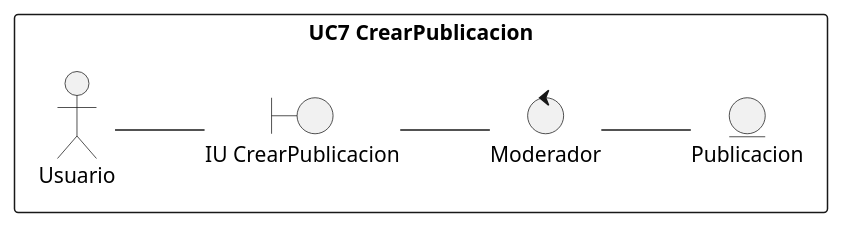
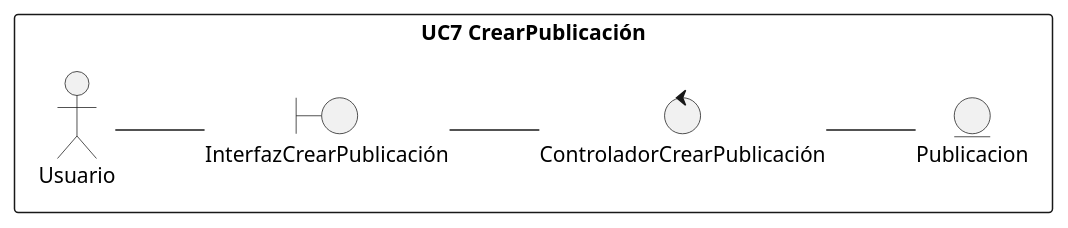
One commit to RolandoU548/Plataforma-Digital-IS changed the diagram in docs/scenariosView/diagramas-de-analisis/DA7.plantuml. Above: the diagram before and after it, drawn with PlantUML. The commit also changed 15 other files, not shown here.

Commit message:
diagrama de clases de analisis

```diff
--- a/docs/scenariosView/diagramas-de-analisis/DA7.plantuml
+++ b/docs/scenariosView/diagramas-de-analisis/DA7.plantuml
@@ -1,28 +1,28 @@
-@startuml r11
+@startuml DA7
 /'
     Crear el diagrama de clases de análisis y de colaboración de los casos de uso prioritarios del proyecto.
 
     Para conseguir el diagrama de clases seguir los siguientes pasos:
 
     1. Identificar las clases Entidad (Modelo)
     2. Identificar las clases Interfaz (Vista)
     3. Identificar las clases Control (Controlador)
     4. Identificar las relaciones entre estas clases
     
     Este diagrama debe ser específico de un caso de uso y las clases deben ser representadas con sus estereotipos.
     
     Para conseguir el diagrama de colaboración, identifique las relaciones (enlaces) entre los objetos y los requerimientos (mensajes) sobre cada objeto involucrado en la descripción del caso de uso.
 '/
 left to right direction
 
-rectangle "UC7 CrearPublicacion"{
+rectangle "UC7 CrearPublicación"{
     actor Usuario 
     entity Publicacion as e1
-    boundary "IU CrearPublicacion" as i1
-    control "Moderador" as c1
+    boundary "InterfazCrearPublicación" as i1
+    control "ControladorCrearPublicación" as c1
 }
 Usuario -- i1
 i1 -- c1
 c1 -- e1
 
 @enduml
```
